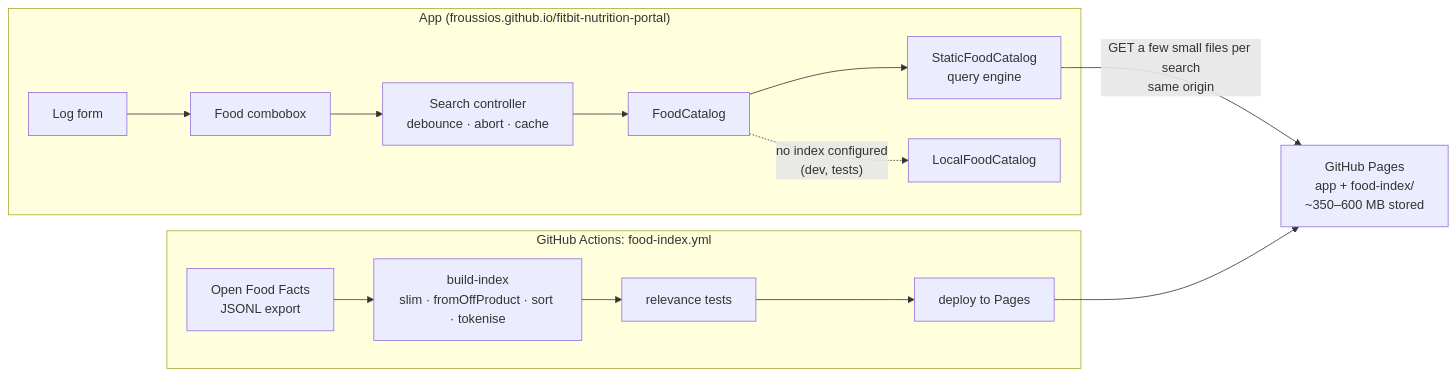
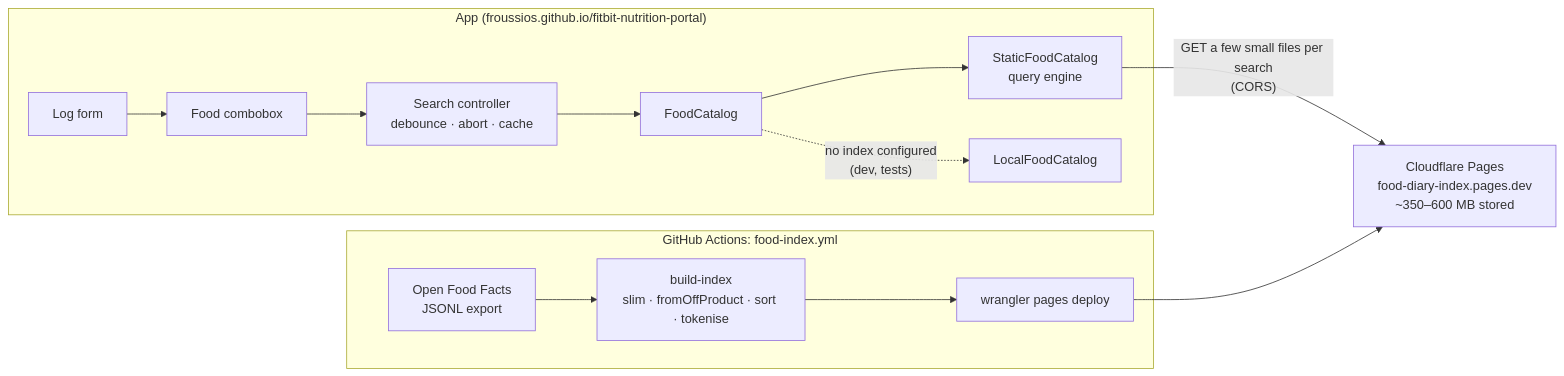
Before and after one commit to Froussios/fitbit-nutrition-portal: the diagram in docs/FOOD_SEARCH.md, drawn with Mermaid. The commit also changed other lines of this file and 12 other files, not shown here.

First line of the commit message:
Deploy the food index to Cloudflare Pages

````diff
--- a/docs/FOOD_SEARCH.md
+++ b/docs/FOOD_SEARCH.md
@@ -314,16 +317,16 @@
 ```mermaid
 flowchart LR
   subgraph Browser["App (froussios.github.io/fitbit-nutrition-portal)"]
     Form["Log form"] --> Combo["Food combobox"]
     Combo --> Ctl["Search controller<br/>debounce · abort · cache"]
     Ctl --> FC["FoodCatalog"]
     FC --> SFC["StaticFoodCatalog<br/>query engine"]
     FC -.->|"no index configured<br/>(dev, tests)"| Local["LocalFoodCatalog"]
   end
-  SFC -- "GET a few small files per search<br/>same origin" --> Pages["GitHub Pages<br/>app + food-index/<br/>~350–600 MB stored"]
+  SFC -- "GET a few small files per search<br/>(CORS)" --> Pages["Cloudflare Pages<br/>food-diary-index.pages.dev<br/>~350–600 MB stored"]
   subgraph GHA["GitHub Actions: food-index.yml"]
     Dump["Open Food Facts<br/>JSONL export"] --> Build["build-index<br/>slim · fromOffProduct · sort · tokenise"]
-    Build --> Test["relevance tests"] --> Deploy["deploy to Pages"]
+    Build --> Deploy["wrangler pages deploy"]
   end
   Deploy --> Pages
 ```
````
